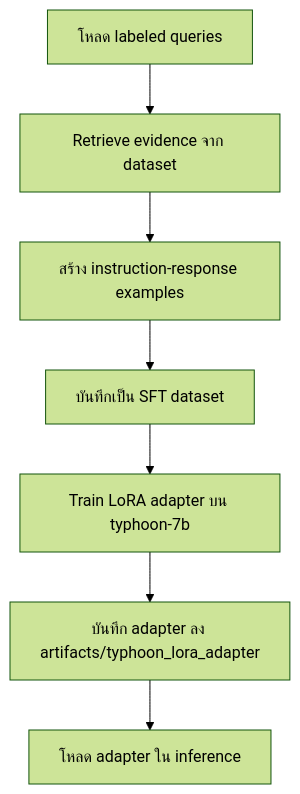
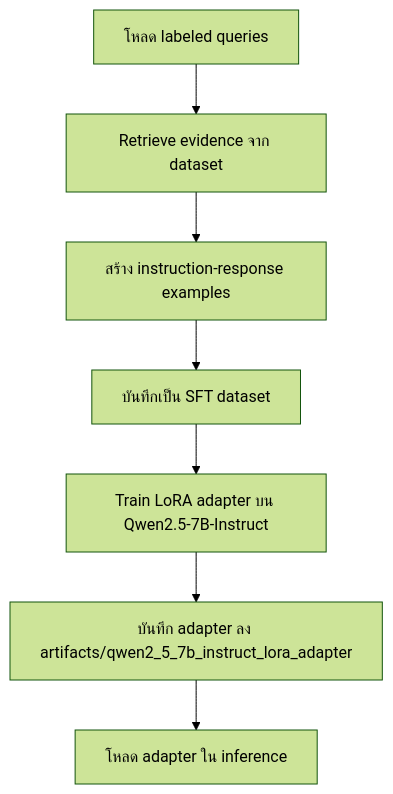
Before and after one commit to wiriyabot/Wongnai_QA: the fourth of 4 diagrams in docs/assignment_report_th.md, drawn with Mermaid (forest theme). The commit also changed other lines of this file and 16 other files, not shown here.

````diff
--- a/docs/assignment_report_th.md
+++ b/docs/assignment_report_th.md
@@ -538,9 +538,9 @@
 ```mermaid
 flowchart TD
     L1[โหลด labeled queries] --> L2[Retrieve evidence จาก dataset]
     L2 --> L3[สร้าง instruction-response examples]
     L3 --> L4[บันทึกเป็น SFT dataset]
-    L4 --> L5[Train LoRA adapter บน typhoon-7b]
-    L5 --> L6[บันทึก adapter ลง artifacts/typhoon_lora_adapter]
+    L4 --> L5[Train LoRA adapter บน Qwen2.5-7B-Instruct]
+    L5 --> L6[บันทึก adapter ลง artifacts/qwen2_5_7b_instruct_lora_adapter]
     L6 --> L7[โหลด adapter ใน inference]
 ```
````
